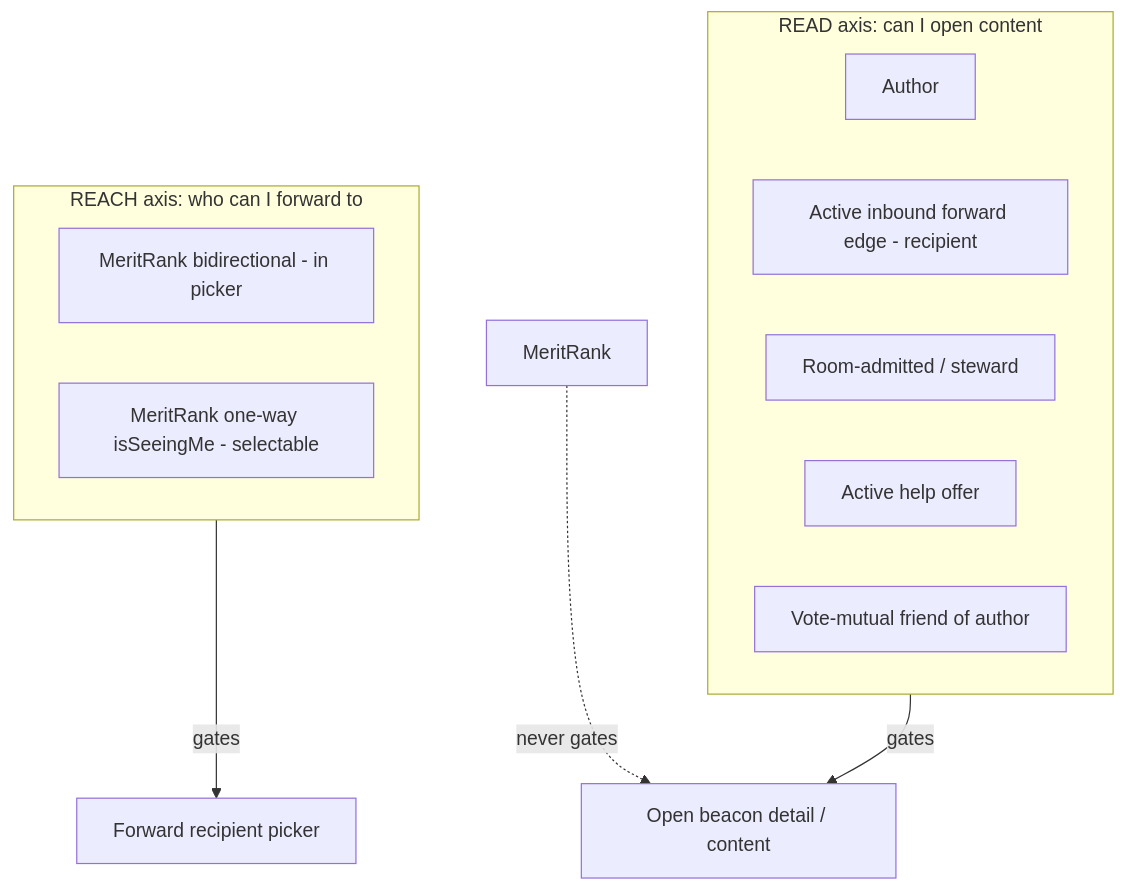
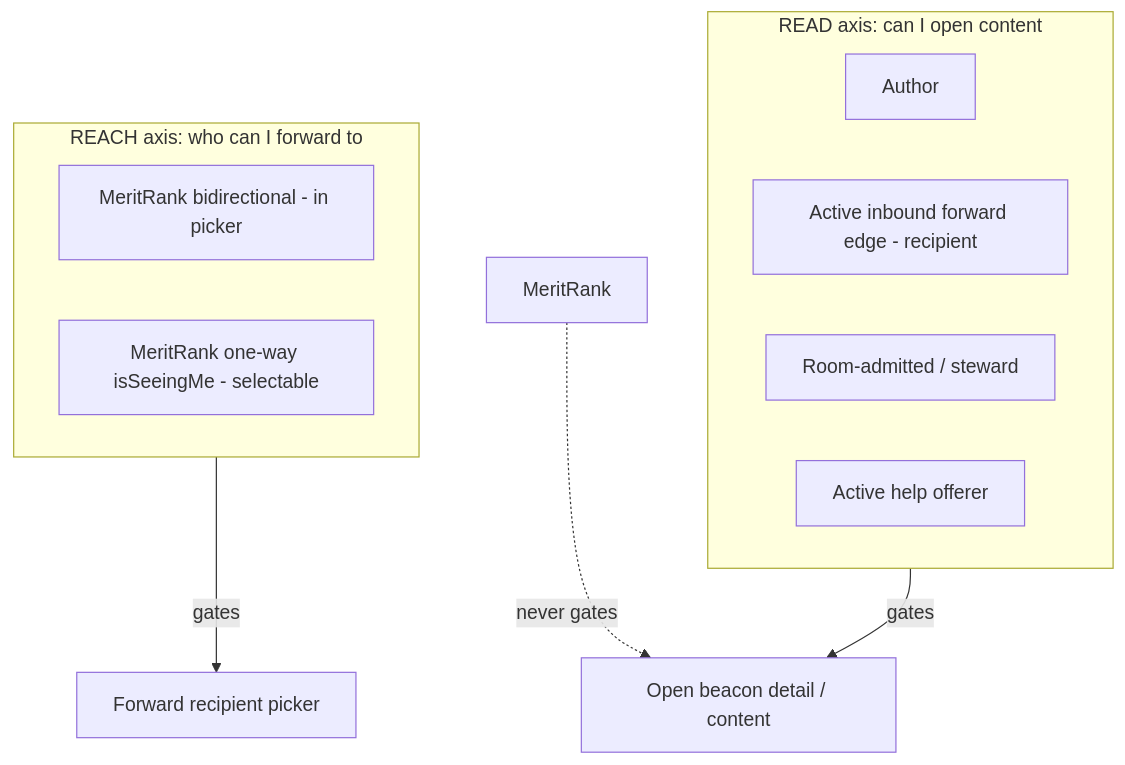
One commit to Intersubjective/tentura changed the diagram in docs/audits/beacon-visibility-analysis.md. Above: the diagram before and after it, drawn with Mermaid. The commit also changed other lines of this file and 11 other files, not shown here.

First line of the commit message:
Remove mutual-friend read access from beacon visibility rules.

````diff
--- a/docs/audits/beacon-visibility-analysis.md
+++ b/docs/audits/beacon-visibility-analysis.md
@@ -26,17 +26,16 @@
 ```mermaid
 flowchart TD
   subgraph readAxis [READ axis: can I open content]
     R1[Author]
     R2[Active inbound forward edge - recipient]
     R3[Room-admitted / steward]
-    R4[Active help offer]
-    R5[Vote-mutual friend of author]
+    R4[Active help offerer]
   end
   subgraph reachAxis [REACH axis: who can I forward to]
     M1[MeritRank bidirectional - in picker]
     M2[MeritRank one-way isSeeingMe - selectable]
   end
   readAxis -->|gates| OpenDetail[Open beacon detail / content]
   reachAxis -->|gates| Picker[Forward recipient picker]
   MR[MeritRank] -. never gates .-> OpenDetail
 ```
````
